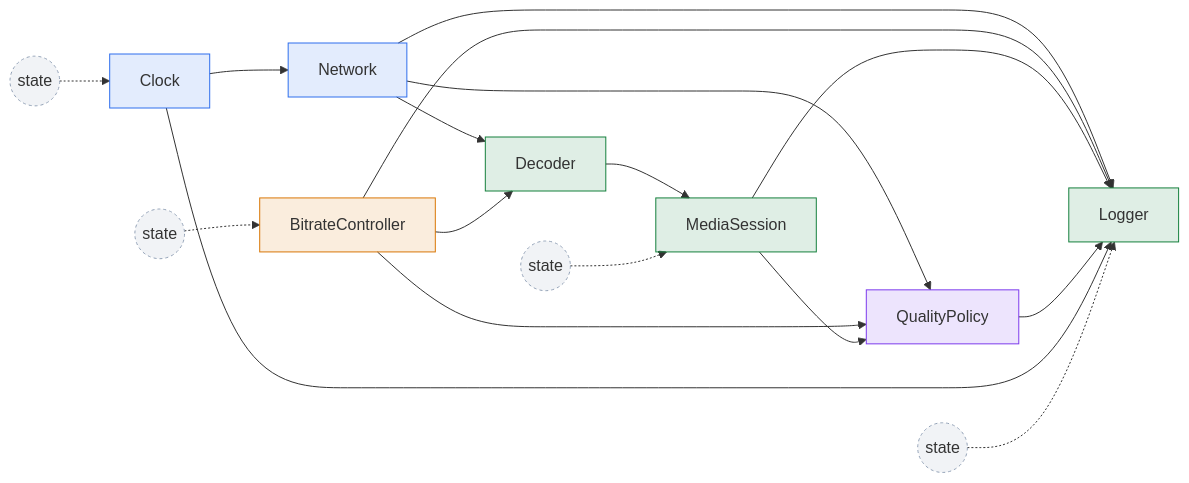
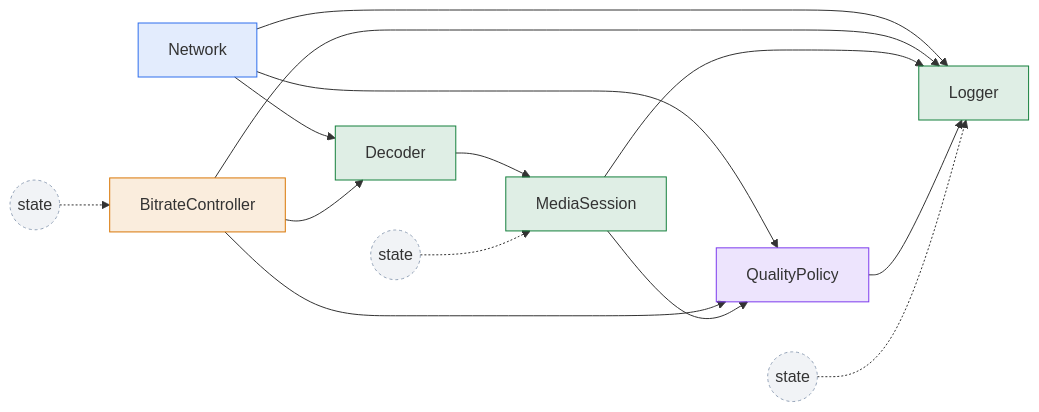
One commit to aidagroup/regelum changed the second of 2 diagrams in docs/concepts/compilation.md. Above: the diagram before and after it, drawn with Mermaid. The commit also changed other lines of this file and 17 other files, not shown here.

````diff
--- a/docs/concepts/compilation.md
+++ b/docs/concepts/compilation.md
@@ -52,44 +51,38 @@
 ```mermaid
 flowchart LR
-    clock["Clock"]
     network["Network"]
     policy["QualityPolicy"]
     controller["BitrateController"]
     decoder["Decoder"]
     session["MediaSession"]
     logger["Logger"]
-    clock_state(("state"))
     controller_state(("state"))
     session_state(("state"))
     logger_state(("state"))
 
-    clock --> network
     network --> policy
     network --> decoder
     network --> logger
     controller --> policy
     controller --> decoder
     controller --> logger
     decoder --> session
     session --> logger
     session --> policy
     policy --> logger
-    clock --> logger
-
-    clock_state -.-> clock
     controller_state -.-> controller
     session_state -.-> session
     logger_state -.-> logger
 
     classDef measure fill:#2f6fed22,stroke:#2f6fed;
     classDef decide fill:#7c3aed22,stroke:#7c3aed;
     classDef dropQuality fill:#d9770622,stroke:#d97706;
     classDef play fill:#15803d22,stroke:#15803d;
     classDef state fill:#94a3b822,stroke:#94a3b8,stroke-dasharray:3 3;
 
-    class clock,network measure;
+    class network measure;
     class policy decide;
     class controller dropQuality;
     class decoder,session,logger play;
-    class clock_state,controller_state,session_state,logger_state state;
+    class controller_state,session_state,logger_state state;
 ```
````
